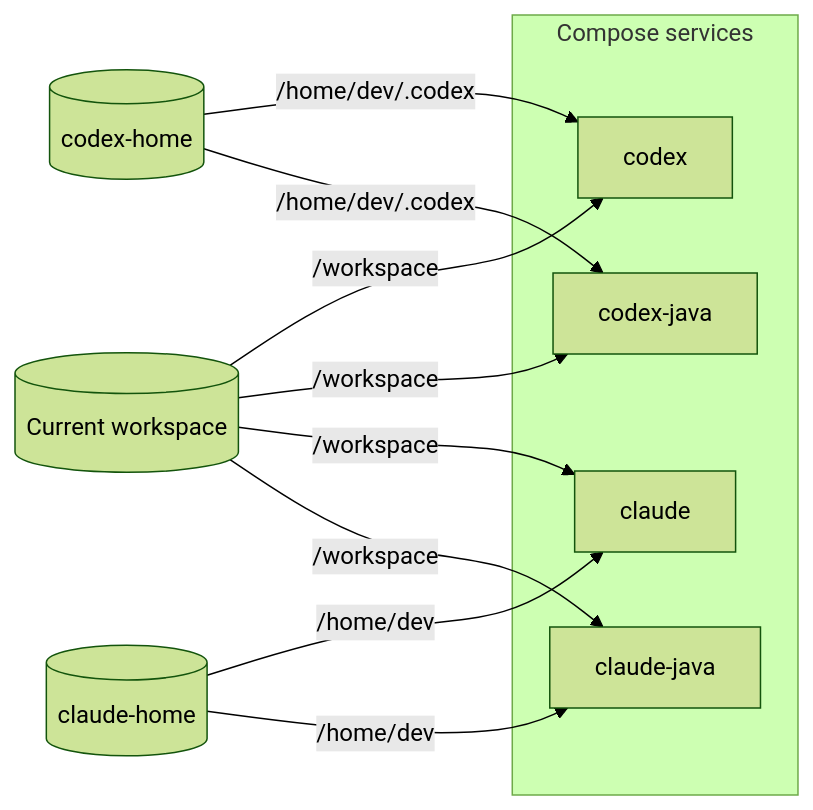
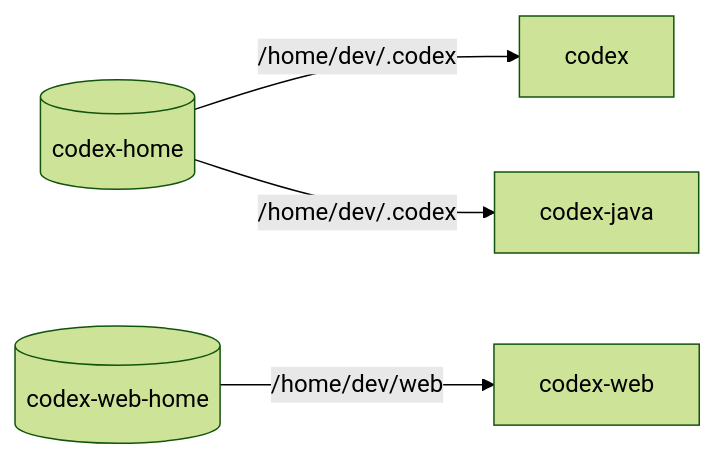
The third of 4 diagrams in runtime/docs/DEPLOYMENT.md (meowpow-png/mipe), drawn with Mermaid (forest theme) before and after one commit. The commit also changed other lines of this file, not shown here.

````diff
--- a/runtime/docs/DEPLOYMENT.md
+++ b/runtime/docs/DEPLOYMENT.md
@@ -86,23 +106,12 @@
 ```mermaid
 flowchart LR
-    workspace[("Current workspace")]
     codexState[("codex-home")]
-    claudeState[("claude-home")]
-
-    subgraph services["Compose services"]
-        codex["codex"]
-        codexJava["codex-java"]
-        claude["claude"]
-        claudeJava["claude-java"]
-    end
-
-    workspace -->|/workspace| codex
-    workspace -->|/workspace| codexJava
-    workspace -->|/workspace| claude
-    workspace -->|/workspace| claudeJava
+    codexWebState[("codex-web-home")]
+    codex["codex"]
+    codexJava["codex-java"]
+    codexWeb["codex-web"]
 
     codexState -->|/home/dev/.codex| codex
     codexState -->|/home/dev/.codex| codexJava
-    claudeState -->|/home/dev| claude
-    claudeState -->|/home/dev| claudeJava
+    codexWebState -->|/home/dev/web| codexWeb
 ```
````
